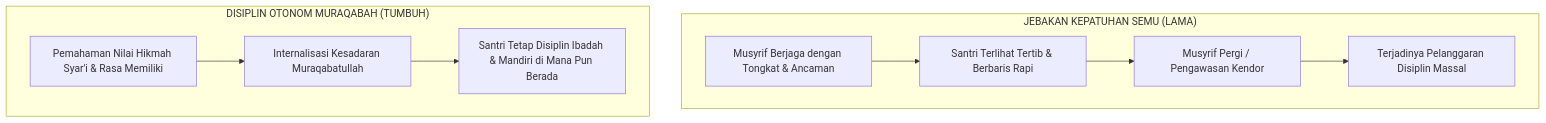
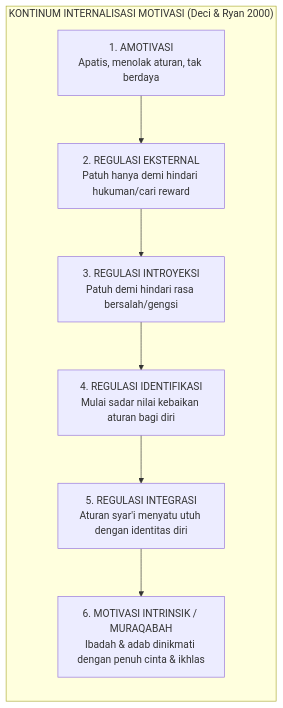
The fifth of 9 diagrams in 01 Philosophy/02 Human Nature/P1-02-04-Motivasi-Intrinsik-Santri.md (wandiapriliyandi/tumbuh), drawn with Mermaid before and after one commit. The commit also changed other lines of this file and 6 other files, not shown here.

````diff
--- a/01 Philosophy/02 Human Nature/P1-02-04-Motivasi-Intrinsik-Santri.md
+++ b/01 Philosophy/02 Human Nature/P1-02-04-Motivasi-Intrinsik-Santri.md
@@ -26,13 +222,11 @@
 ```mermaid
-graph TD
-    subgraph KepatuhanSemu["JEBAKAN KEPATUHAN SEMU (LAMA)"]
-        PengawasanKetat["Musyrif Berjaga dengan Tongkat & Ancaman"] --> Patuh["Santri Terlihat Tertib & Berbaris Rapi"]
-        Patuh --> PengawasanHilang["Musyrif Pergi / Pengawasan Kendor"]
-        PengawasanHilang --> PelanggaranMasif["Terjadinya Pelanggaran Disiplin Massal"]
-    end
-
-    subgraph MuraqabahTUMBUH["DISIPLIN OTONOM MURAQABAH (TUMBUH)"]
-        Tafahum["Pemahaman Nilai Hikmah Syar'i & Rasa Memiliki"] --> Internal["Internalisasi Kesadaran Muraqabatullah"]
-        Internal --> Istiqamah["Santri Tetap Disiplin Ibadah & Mandiri di Mana Pun Berada"]
+graph LR
+    subgraph KontinumMotivasiSDT["KONTINUM INTERNALISASI MOTIVASI (Deci & Ryan 2000)"]
+        Amotivasi["1. AMOTIVASI<br/>Apatis, menolak aturan, tak berdaya"]
+        --> Eksternal["2. REGULASI EKSTERNAL<br/>Patuh hanya demi hindari hukuman/cari reward"]
+        --> Introyeksi["3. REGULASI INTROYEKSI<br/>Patuh demi hindari rasa bersalah/gengsi"]
+        --> Identifikasi["4. REGULASI IDENTIFIKASI<br/>Mulai sadar nilai kebaikan aturan bagi diri"]
+        --> Integrasi["5. REGULASI INTEGRASI<br/>Aturan syar'i menyatu utuh dengan identitas diri"]
+        --> Intrinsik["6. MOTIVASI INTRINSIK / MURAQABAH<br/>Ibadah & adab dinikmati dengan penuh cinta & ikhlas"]
     end
 ```
````
